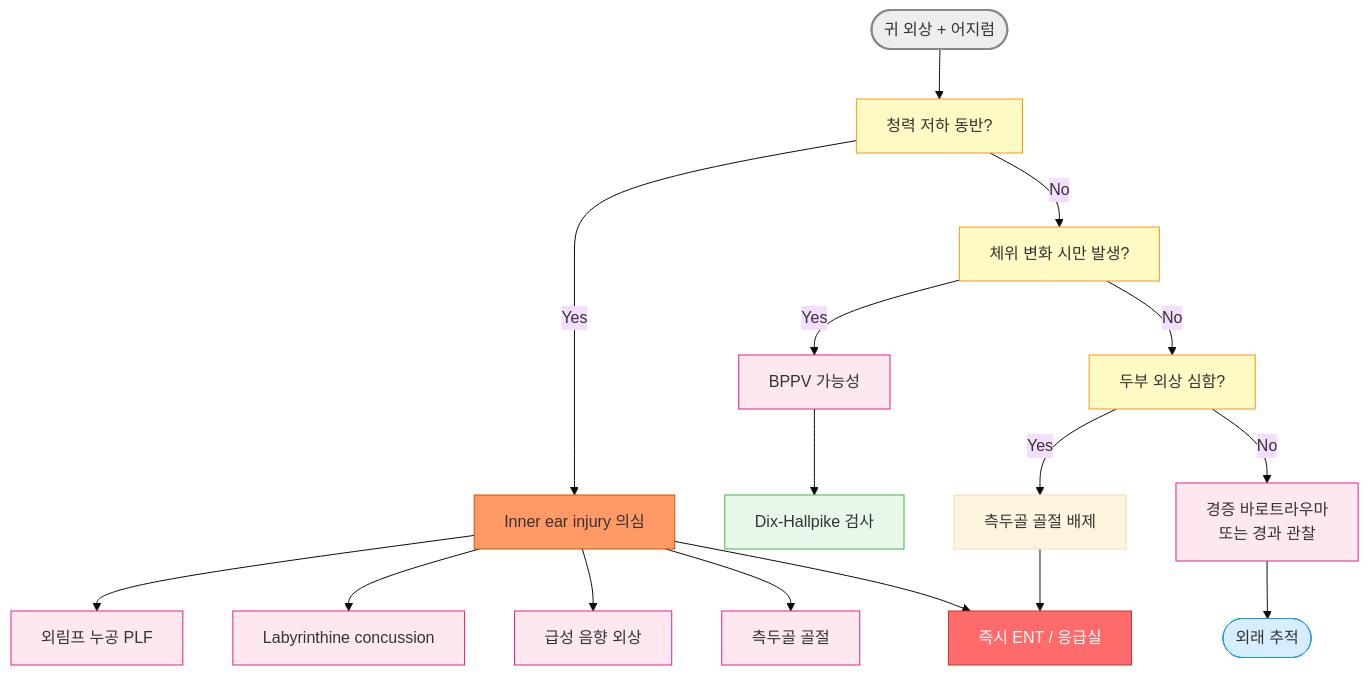
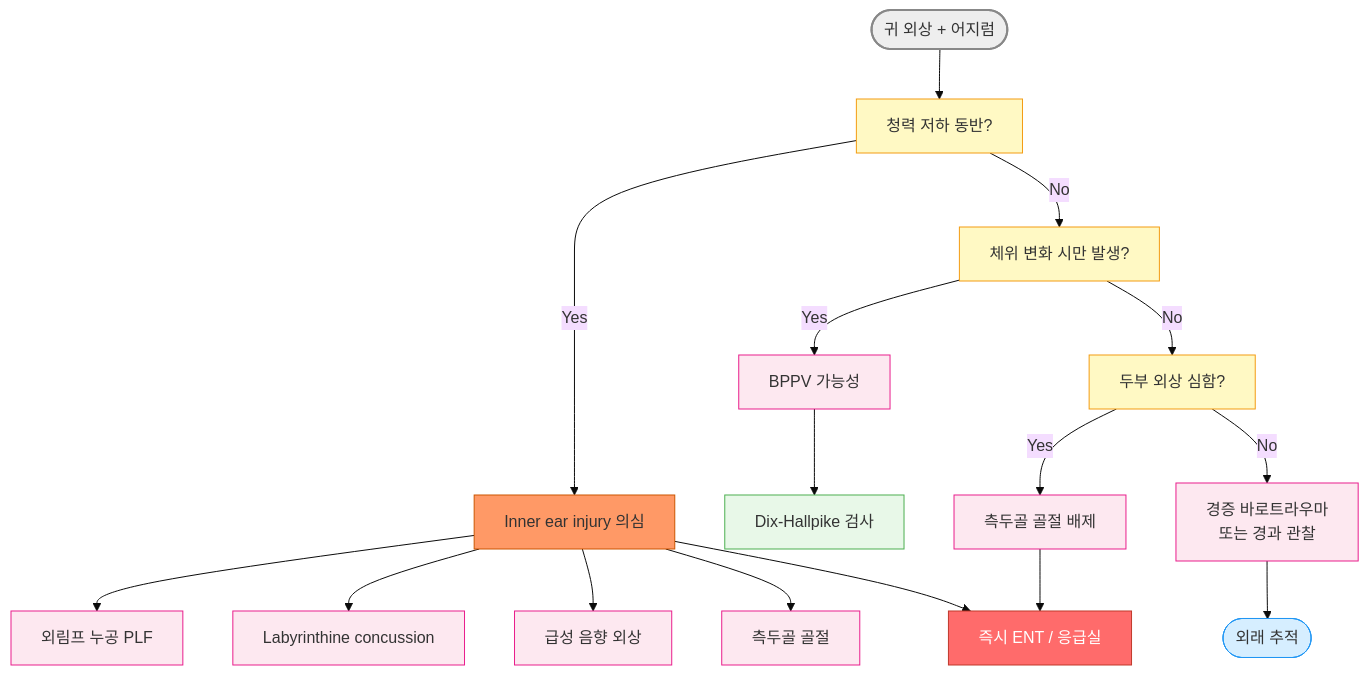
Before and after one commit to familyoh77/familyoh77: the first of 2 diagrams in 222_/049_-ear-injury.md, drawn with Mermaid (base theme). The commit also changed other lines of this file, not shown here.

````diff
--- a/222_/049_-ear-injury.md
+++ b/222_/049_-ear-injury.md
@@ -48,28 +53,28 @@
 ```mermaid
 flowchart TD
     A([귀 외상 + 어지럼]) --> B[청력 저하 동반?]
     B -->|Yes| C[Inner ear injury 의심]
     C --> C1[외림프 누공 PLF]
     C --> C2[Labyrinthine concussion]
     C --> C3[급성 음향 외상]
     C --> C4[측두골 골절]
     C --> D[즉시 ENT / 응급실]
     B -->|No| E[체위 변화 시만 발생?]
     E -->|Yes| F[BPPV 가능성]
     F --> G[Dix-Hallpike 검사]
     E -->|No| H[두부 외상 심함?]
     H -->|Yes| I[측두골 골절 배제]
     I --> D
     H -->|No| J[경증 바로트라우마<br/>또는 경과 관찰]
     J --> K([외래 추적])
 
     style A fill:#eeeeee,stroke:#888888,stroke-width:2px
     style C fill:#ff9966,stroke:#cc5500
     style D fill:#ff6b6b,stroke:#c0392b,color:#fff
     style G fill:#e8f8e8,stroke:#4caf50
     style K fill:#d6eeff,stroke:#2196f3
     classDef yellow fill:#fff9c4,stroke:#f39c12
     class B,E,H yellow
     classDef pink fill:#fde8f0,stroke:#e91e8c
-class C1,C2,C3,C4,J,F pink
+    class C1,C2,C3,C4,F,I,J pink
 ```
````
